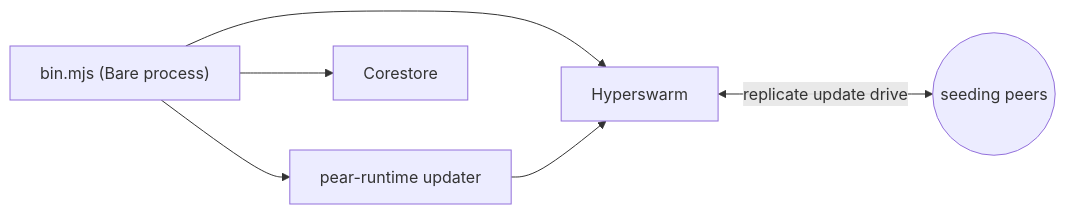
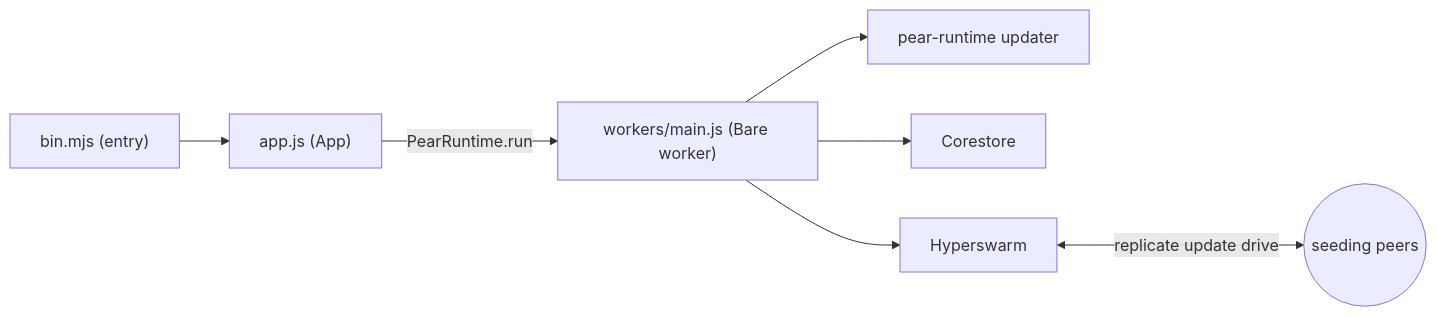
The diagram in content/getting-started/from-a-template/start-from-hello-pear-bare.mdx (holepunchto/pear-docs), drawn with Mermaid before and after one commit. The commit also changed other lines of this file and 34 other files, not shown here.

````diff
--- a/content/getting-started/from-a-template/start-from-hello-pear-bare.mdx
+++ b/content/getting-started/from-a-template/start-from-hello-pear-bare.mdx
@@ -95,8 +112,9 @@
 ```mermaid
 flowchart LR
-  cli["bin.mjs (Bare process)"] --> updater["pear-runtime updater"]
-  cli --> store["Corestore"]
-  cli --> swarm["Hyperswarm"]
-  updater --> swarm
+  cli["bin.mjs (entry)"] --> app["app.js (App)"]
+  app -->|"PearRuntime.run"| worker["workers/main.js (Bare worker)"]
+  worker --> updater["pear-runtime updater"]
+  worker --> store["Corestore"]
+  worker --> swarm["Hyperswarm"]
   swarm <-->|"replicate update drive"| peers((seeding peers))
 ```
````
